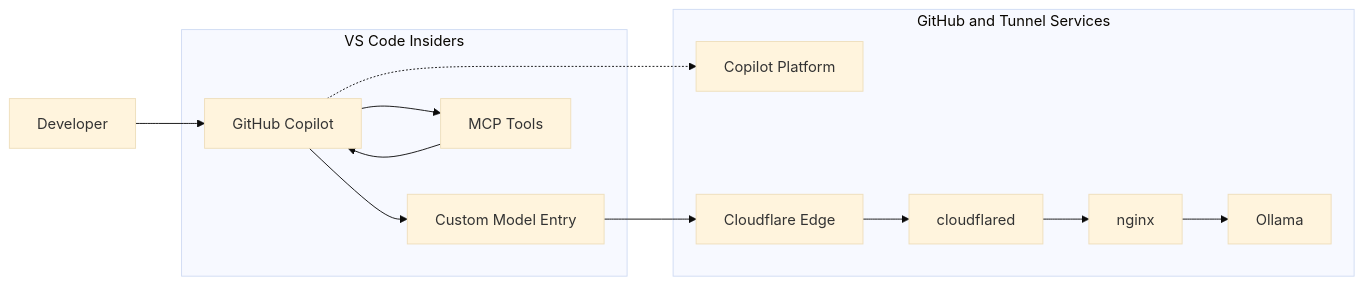
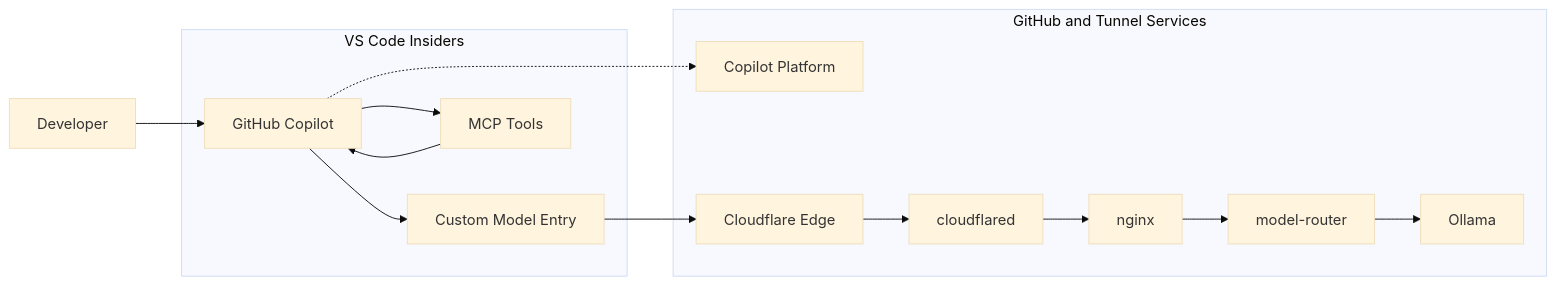
One commit to burdettadam/ai-tunnel changed the diagram in README.md. Above: the diagram before and after it, drawn with Mermaid (base theme). The commit also changed other lines of this file and 18 other files, not shown here.

````diff
--- a/README.md
+++ b/README.md
@@ -29,28 +31,30 @@
 ```mermaid
 flowchart LR
     user[Developer]
 
     subgraph editor[VS Code Insiders]
         copilot[GitHub Copilot]
         customModel[Custom Model Entry]
         mcp[MCP Tools]
     end
 
     subgraph services[GitHub and Tunnel Services]
         platform[Copilot Platform]
         edge[Cloudflare Edge]
         tunnel[cloudflared]
         proxy[nginx]
+        router[model-router]
         model[Ollama]
     end
 
     user --> copilot
     copilot --> customModel
     customModel --> edge
     edge --> tunnel
     tunnel --> proxy
-    proxy --> model
+    proxy --> router
+    router --> model
     copilot --> mcp
     mcp --> copilot
     copilot -.-> platform
 ```
````
